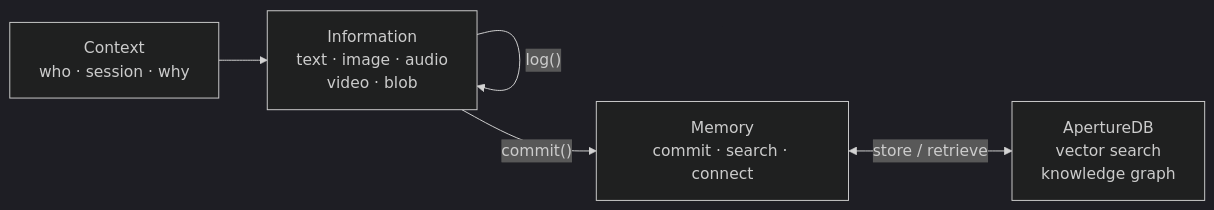
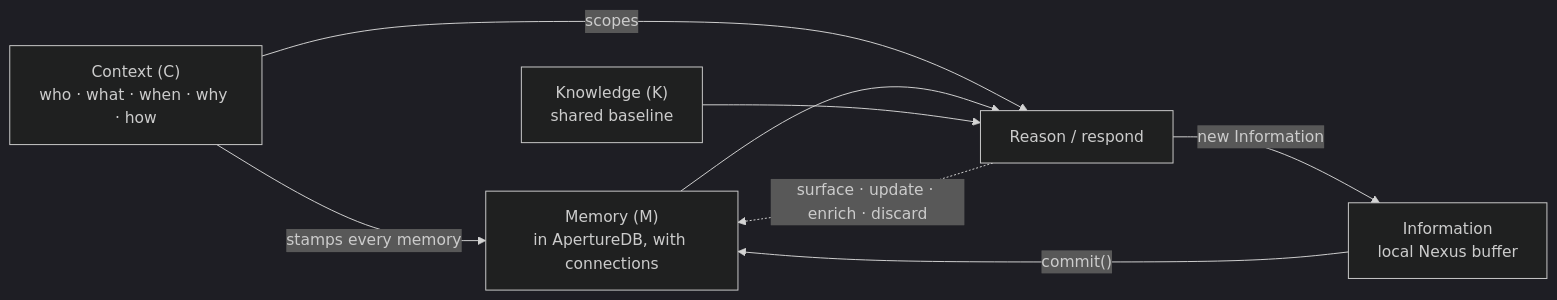
The diagram in docs/README.md (aperture-data/aperture-nexus), drawn with Mermaid (dark theme) before and after one commit. The commit also changed other lines of this file and 26 other files, not shown here.

First line of the commit message:
Graph context and better search (#17)

````diff
--- a/docs/README.md
+++ b/docs/README.md
@@ -24,12 +36,16 @@
 ```mermaid
 flowchart LR
-    C["Context\nwho · session · why"]
-    I["Information\ntext · image · audio\nvideo · blob"]
-    M["Memory\ncommit · search · connect"]
-    DB["ApertureDB\nvector search\nknowledge graph"]
+    C["Context (C)\nwho · what · when · why · how"]
+    I["Information\nlocal Nexus buffer"]
+    M["Memory (M)\nin ApertureDB, with connections"]
+    K["Knowledge (K)\nshared baseline"]
+    R["Reason / respond"]
 
-    C --> I
-    I -->|"log()"| I
     I -->|"commit()"| M
-    M <-->|"store / retrieve"| DB
+    C -->|"stamps every memory"| M
+    C -->|"scopes"| R
+    M --> R
+    K --> R
+    R -->|"new Information"| I
+    R -.->|"surface · update · enrich · discard"| M
 ```
````
